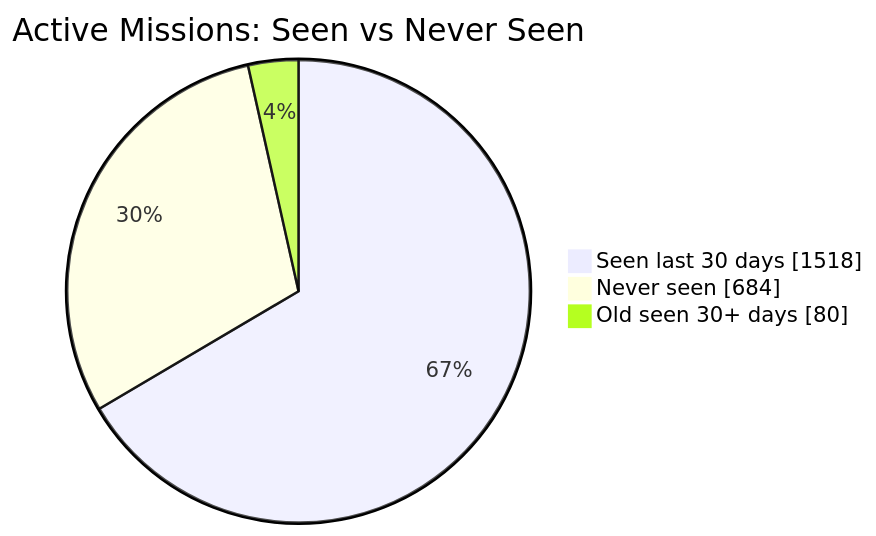
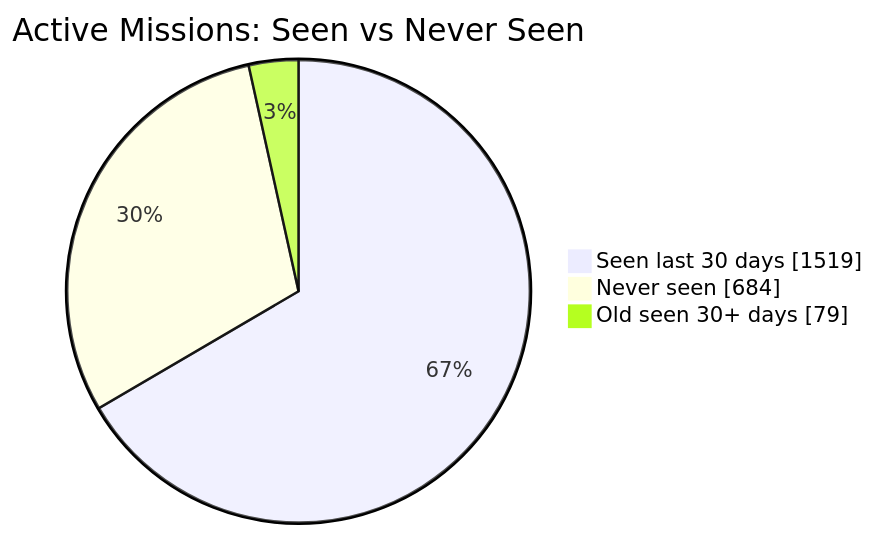
Before and after one commit to MeldkamerspelGameTeam/active-missions: the first of 2 diagrams in README.md, drawn with Mermaid. The commit also changed other lines of this file and 2 other files, not shown here.

````diff
--- a/README.md
+++ b/README.md
@@ -34,7 +34,7 @@
 ```mermaid
 pie showData
     title Active Missions: Seen vs Never Seen
-    "Seen last 30 days" : 1518
+    "Seen last 30 days" : 1519
     "Never seen" : 684
-    "Old seen 30+ days" : 80
+    "Old seen 30+ days" : 79
 ```
````
